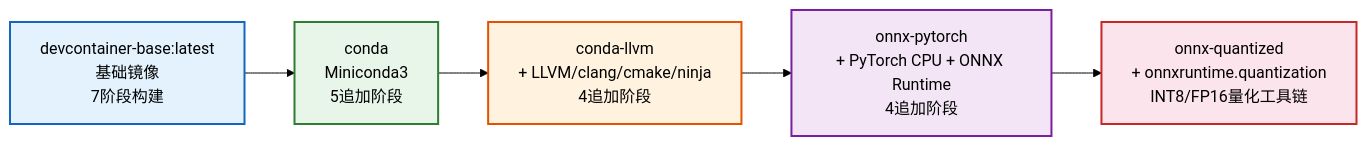
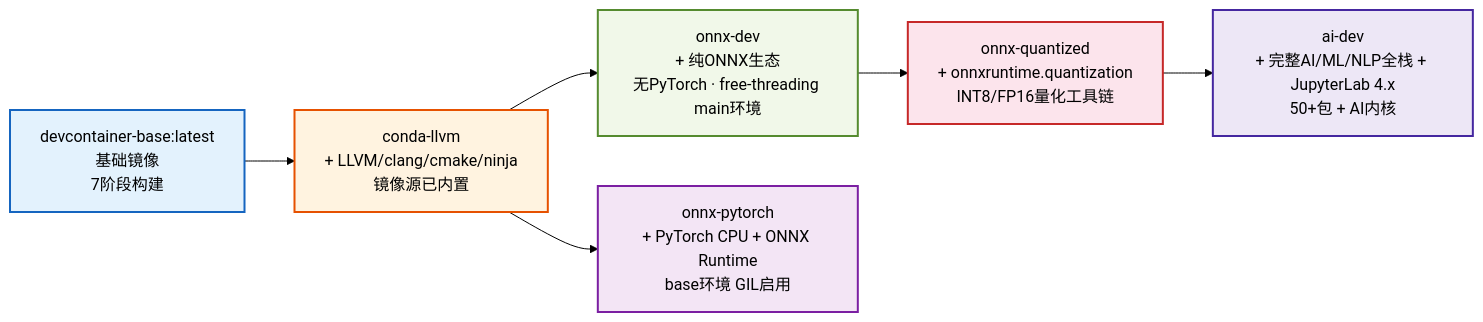
Before and after one commit to xinetzone/SpecWeave: the first of 2 diagrams in apps/docker-images/devcontainer-base/.agents/workflows/variants-ci.md, drawn with Mermaid (forest theme). The commit also changed other lines of this file and 1 other file, not shown here.

First line of the commit message:
docs(devcontainer-base): 同步更新构建链描述，纳入 onnx-dev 与 ai-dev 变体

````diff
--- a/apps/docker-images/devcontainer-base/.agents/workflows/variants-ci.md
+++ b/apps/docker-images/devcontainer-base/.agents/workflows/variants-ci.md
@@ -20,19 +20,22 @@
 ```mermaid
 flowchart LR
-    Base[devcontainer-base:latest<br/>基础镜像<br/>7阶段构建] --> Conda[conda<br/>Miniconda3<br/>5追加阶段]
-    Conda --> CondaLLVM[conda-llvm<br/>+ LLVM/clang/cmake/ninja<br/>4追加阶段]
-    CondaLLVM --> OnnxPyTorch[onnx-pytorch<br/>+ PyTorch CPU + ONNX Runtime<br/>4追加阶段]
-    OnnxPyTorch --> OnnxQuantized[onnx-quantized<br/>+ onnxruntime.quantization<br/>INT8/FP16量化工具链]
+    Base[devcontainer-base:latest<br/>基础镜像<br/>7阶段构建] --> CondaLLVM[conda-llvm<br/>+ LLVM/clang/cmake/ninja<br/>镜像源已内置]
+    CondaLLVM --> OnnxDev[onnx-dev<br/>+ 纯ONNX生态<br/>无PyTorch · free-threading main环境]
+    CondaLLVM --> OnnxPyTorch[onnx-pytorch<br/>+ PyTorch CPU + ONNX Runtime<br/>base环境 GIL启用]
+    OnnxDev --> OnnxQuantized[onnx-quantized<br/>+ onnxruntime.quantization<br/>INT8/FP16量化工具链]
+    OnnxQuantized --> AiDev[ai-dev<br/>+ 完整AI/ML/NLP全栈 + JupyterLab 4.x<br/>50+包 + AI内核]
     
     classDef base fill:#e3f2fd,stroke:#1565c0,stroke-width:2px
-    classDef conda fill:#e8f5e9,stroke:#2e7d32,stroke-width:2px
     classDef llvm fill:#fff3e0,stroke:#e65100,stroke-width:2px
+    classDef onnxdev fill:#f1f8e9,stroke:#558b2f,stroke-width:2px
     classDef pytorch fill:#f3e5f5,stroke:#7b1fa2,stroke-width:2px
     classDef quant fill:#fce4ec,stroke:#c62828,stroke-width:2px
+    classDef aidev fill:#ede7f6,stroke:#4527a0,stroke-width:2px
     
     class Base base
-    class Conda conda
     class CondaLLVM llvm
+    class OnnxDev onnxdev
     class OnnxPyTorch pytorch
     class OnnxQuantized quant
+    class AiDev aidev
 ```
````
